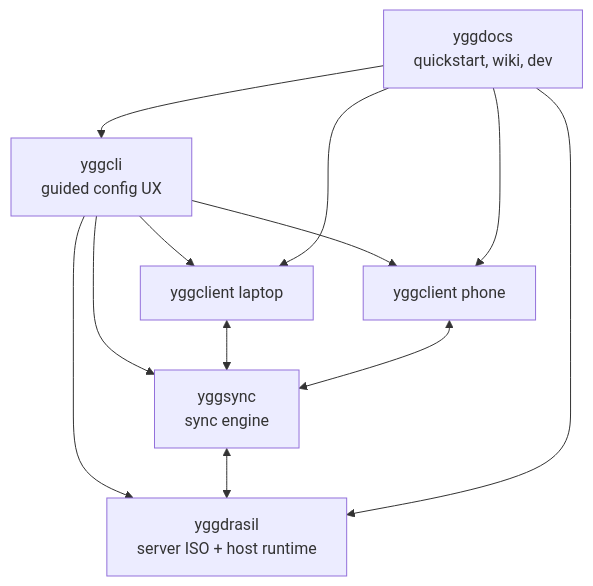
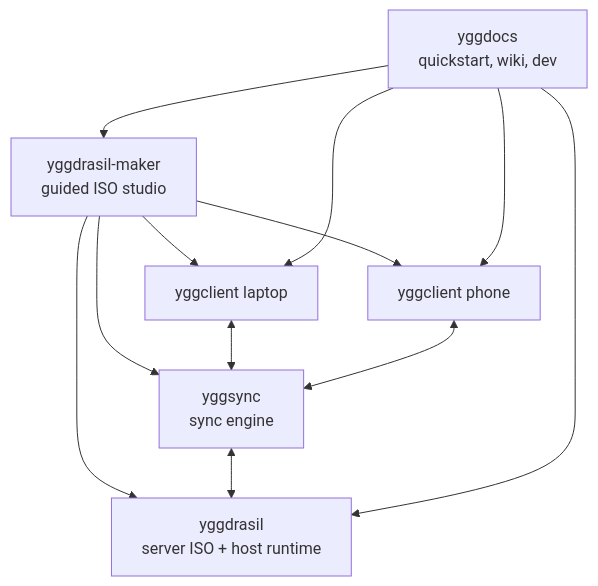
One commit to yggdrasilhq/yggdrasil changed the diagram in README.md. Above: the diagram before and after it, drawn with Mermaid. The commit also changed other lines of this file and 1 other file, not shown here.

Commit message:
Start yggdrasil-maker foundation

````diff
--- a/README.md
+++ b/README.md
@@ -50,21 +58,21 @@
 ```mermaid
 flowchart TD
   D[yggdocs<br/>quickstart, wiki, dev]
-  C[yggcli<br/>guided config UX]
+  C[yggdrasil-maker<br/>guided ISO studio]
   S[yggdrasil<br/>server ISO + host runtime]
   Y[yggsync<br/>sync engine]
   L[yggclient laptop]
   P[yggclient phone]
 
   C --> S
   C --> L
   C --> P
   C --> Y
   L <--> Y
   P <--> Y
   Y <--> S
   D --> C
   D --> S
   D --> L
   D --> P
 ```
````
